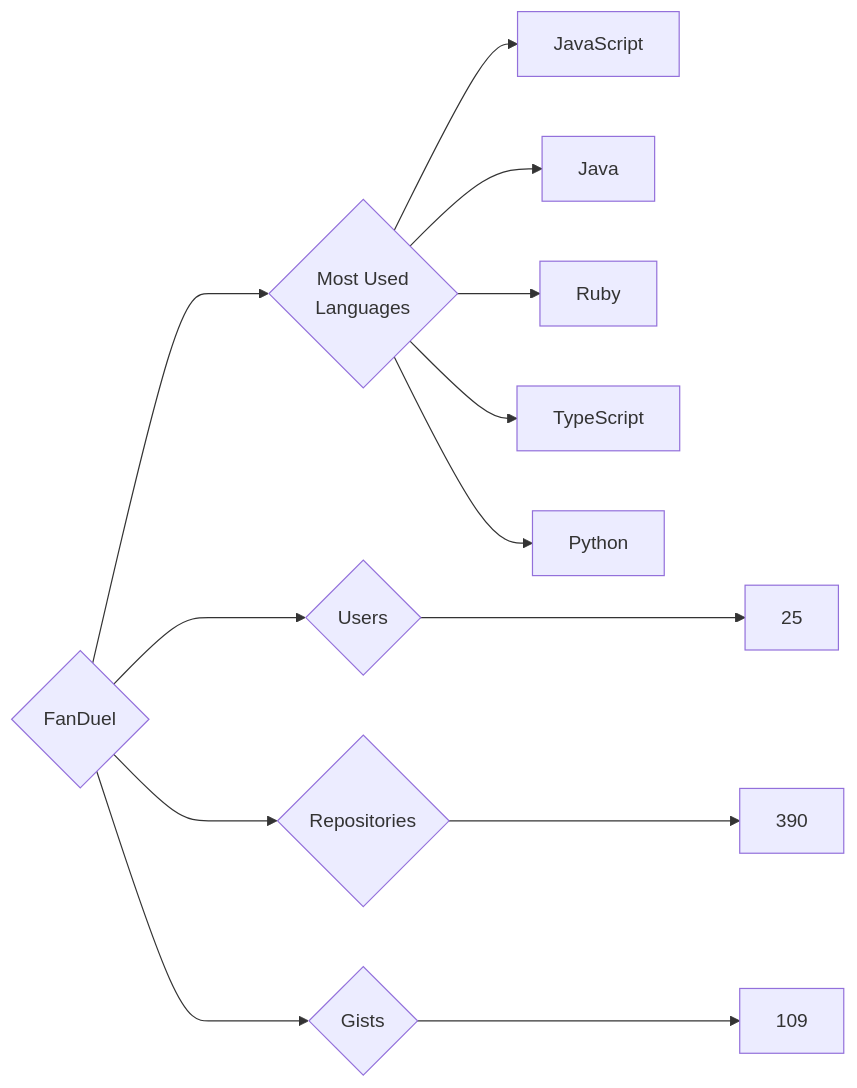
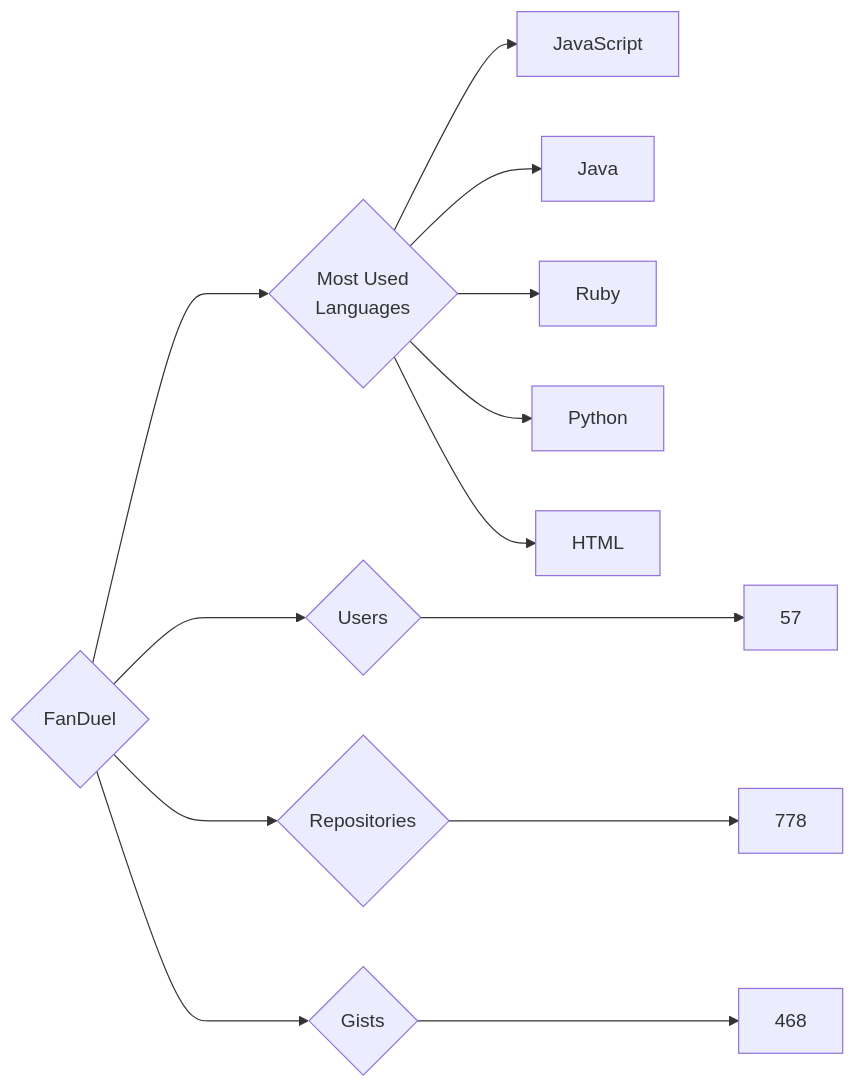
Before and after one commit to trickest/insiders: the diagram in targets/FanDuel/README.md, drawn with Mermaid. The commit also changed 912 other files, not shown here.

````diff
--- a/targets/FanDuel/README.md
+++ b/targets/FanDuel/README.md
@@ -3,13 +3,13 @@
 ```mermaid
 graph LR
 COMPANY_NAME{FanDuel}
-COMPANY_NAME ---> U{Users} ---> UN[25]
-COMPANY_NAME ---> R{Repositories} ---> RN[390]
-COMPANY_NAME ---> G{Gists} ---> GN[109]
+COMPANY_NAME ---> U{Users} ---> UN[57]
+COMPANY_NAME ---> R{Repositories} ---> RN[778]
+COMPANY_NAME ---> G{Gists} ---> GN[468]
 COMPANY_NAME ---> ML{Most Used<br>Languages}
 ML --> JavaScript[JavaScript]
 ML --> Java[Java]
 ML --> Ruby[Ruby]
-ML --> TypeScript[TypeScript]
 ML --> Python[Python]
+ML --> HTML[HTML]
 ```
````
